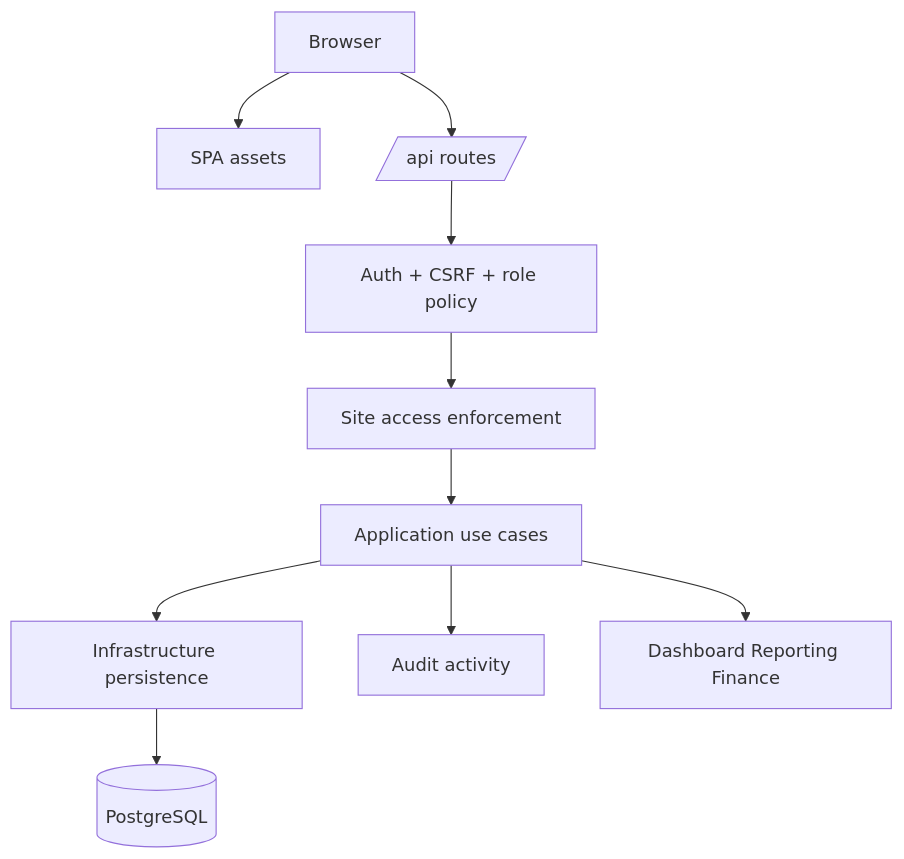
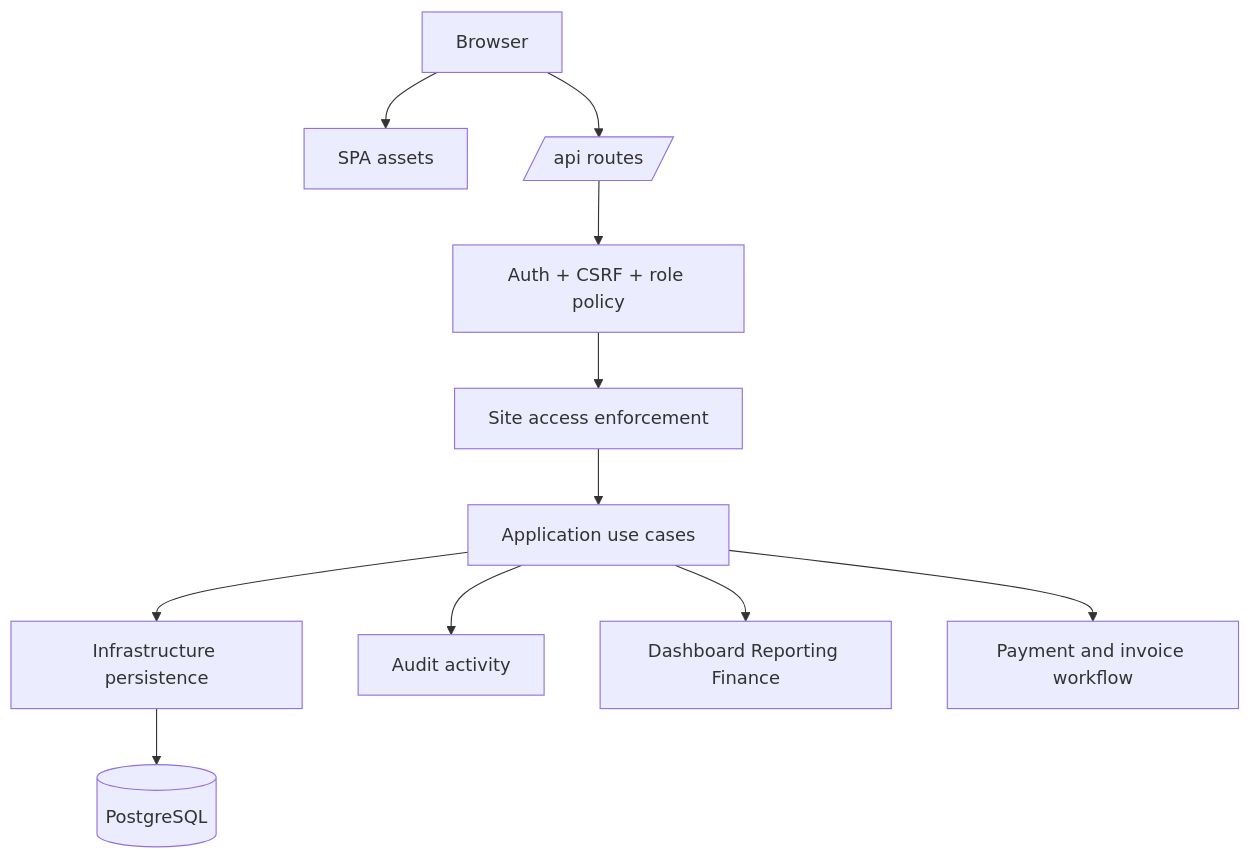
The second of 7 diagrams in docs/Architecture.md (nielpattin/PharmacyCentral), drawn with Mermaid before and after one commit. The commit also changed other lines of this file and 58 other files, not shown here.

Commit message:
feat(payments): add invoice payment workflow

````diff
--- a/docs/Architecture.md
+++ b/docs/Architecture.md
@@ -41,12 +41,13 @@
 ```mermaid
 flowchart TB
     Browser[Browser] --> Static[SPA assets]
     Browser --> ApiRoutes[/api routes/]
     ApiRoutes --> Auth[Auth + CSRF + role policy]
     Auth --> SiteScope[Site access enforcement]
     SiteScope --> UseCases[Application use cases]
     UseCases --> Persistence[Infrastructure persistence]
     Persistence --> Postgres[(PostgreSQL)]
     UseCases --> Audit[Audit activity]
     UseCases --> Reports[Dashboard Reporting Finance]
+    UseCases --> Payments[Payment and invoice workflow]
 ```
````
